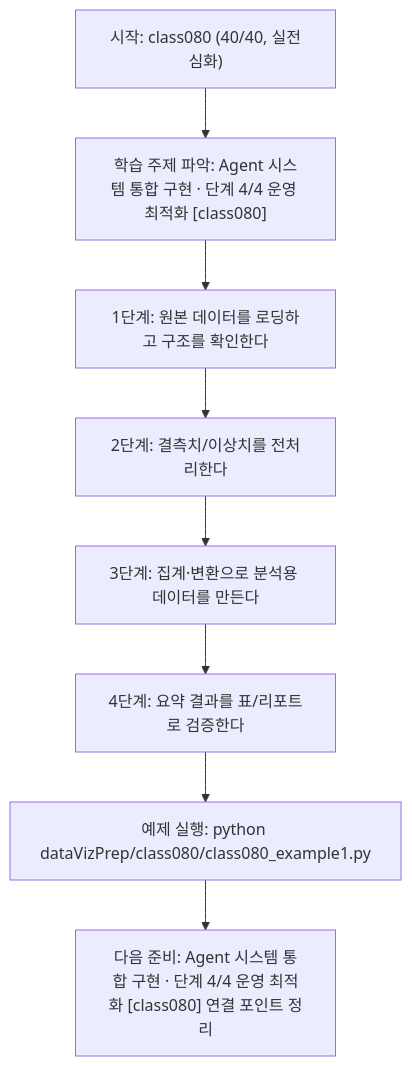
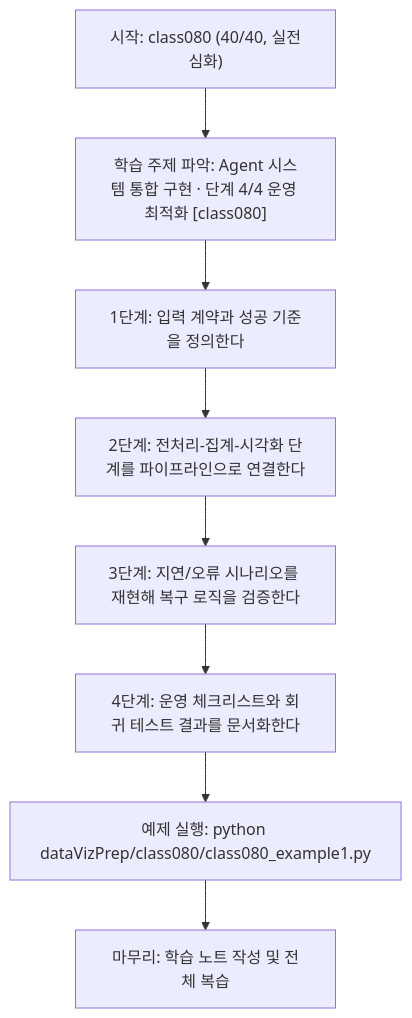
Before and after one commit to edumgt/Python-AI_Agent-Class: the diagram in dataVizPrep/class080/class080.md, drawn with Mermaid. The commit also changed other lines of this file and 283 other files, not shown here.

````diff
--- a/dataVizPrep/class080/class080.md
+++ b/dataVizPrep/class080/class080.md
@@ -112,18 +92,18 @@
 ```mermaid
 flowchart TD
 N1["시작: class080 (40/40, 실전심화)"]
 N2["학습 주제 파악: Agent 시스템 통합 구현 · 단계 4/4 운영 최적화 [class080]"]
-N3["1단계: 원본 데이터를 로딩하고 구조를 확인한다"]
-N4["2단계: 결측치/이상치를 전처리한다"]
-N5["3단계: 집계·변환으로 분석용 데이터를 만든다"]
-N6["4단계: 요약 결과를 표/리포트로 검증한다"]
+N3["1단계: 입력 계약과 성공 기준을 정의한다"]
+N4["2단계: 전처리-집계-시각화 단계를 파이프라인으로 연결한다"]
+N5["3단계: 지연/오류 시나리오를 재현해 복구 로직을 검증한다"]
+N6["4단계: 운영 체크리스트와 회귀 테스트 결과를 문서화한다"]
 N7["예제 실행: python dataVizPrep/class080/class080_example1.py"]
-N8["다음 준비: Agent 시스템 통합 구현 · 단계 4/4 운영 최적화 [class080] 연결 포인트 정리"]
+N8["마무리: 학습 노트 작성 및 전체 복습"]
 N1 --> N2
 N2 --> N3
 N3 --> N4
 N4 --> N5
 N5 --> N6
 N6 --> N7
 N7 --> N8
 ```
````
